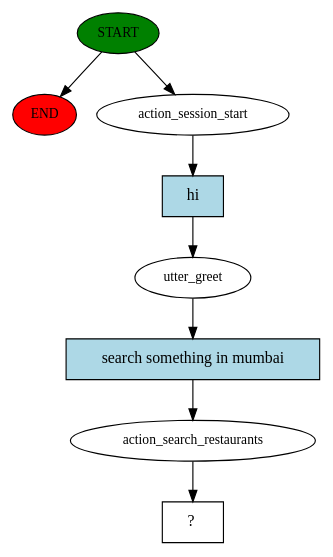
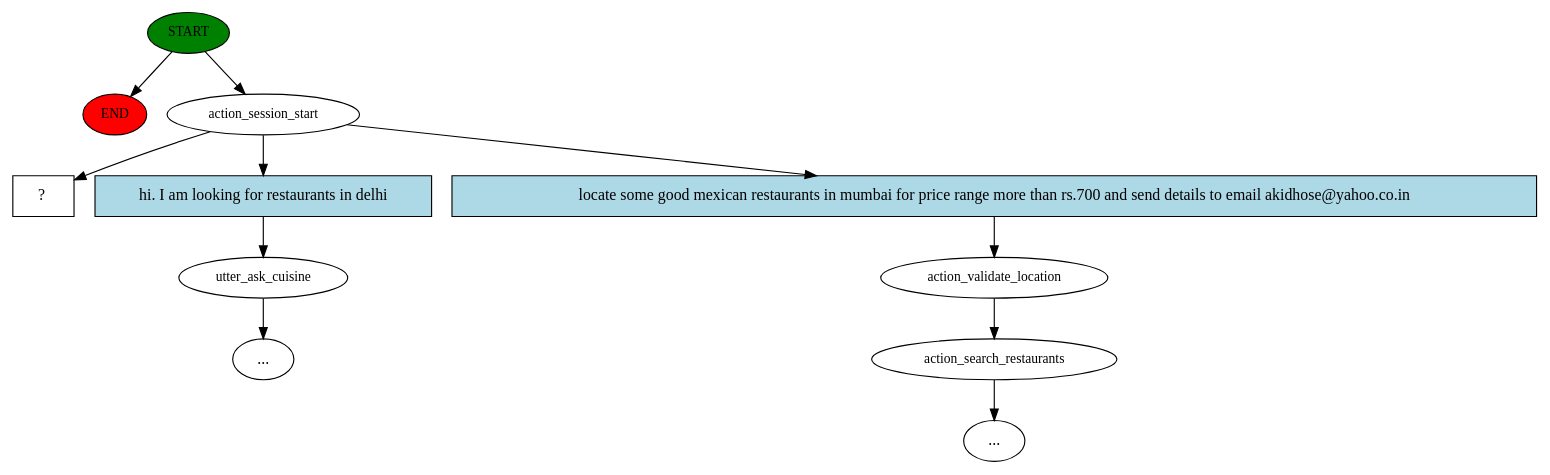
The diagram in story_graph.dot (akishore81/RasaChatBot), drawn with Graphviz before and after one commit. The commit also changed 13 other files, not shown here.

```diff
--- a/story_graph.dot
+++ b/story_graph.dot
@@ -1,17 +1,23 @@
 digraph  {
 0 [class="start active", fillcolor=green, fontsize=12, label=START, style=filled];
 "-1" [class=end, fillcolor=red, fontsize=12, label=END, style=filled];
 1 [class=active, fontsize=12, label=action_session_start];
-2 [class=active, fontsize=12, label=utter_greet];
-3 [class=active, fontsize=12, label=action_search_restaurants];
-4 [class="intent dashed active", label="  ?  ", shape=rect];
-5 [class="intent active", fillcolor=lightblue, label=hi, shape=rect, style=filled];
-6 [class="intent active", fillcolor=lightblue, label="search something in mumbai", shape=rect, style=filled];
+2 [class="", fontsize=12, label=utter_ask_cuisine];
+"-3" [class=ellipsis, label="..."];
+4 [class="", fontsize=12, label=action_validate_location];
+5 [class="", fontsize=12, label=action_search_restaurants];
+"-5" [class=ellipsis, label="..."];
+10 [class="intent dashed active", label="  ?  ", shape=rect];
+11 [class=intent, fillcolor=lightblue, label="hi. I am looking for restaurants in delhi", shape=rect, style=filled];
+12 [class=intent, fillcolor=lightblue, label="locate some good mexican restaurants in mumbai for price range more than rs.700 and send details to email akidhose@yahoo.co.in", shape=rect, style=filled];
 0 -> "-1"  [class="", key=NONE, label=""];
 0 -> 1  [class=active, key=NONE, label=""];
-1 -> 5  [class=active, key=0];
-2 -> 6  [class=active, key=0];
-3 -> 4  [class=active, key=NONE, label=""];
-5 -> 2  [class=active, key=0];
-6 -> 3  [class=active, key=0];
+1 -> 10  [class=active, key=NONE, label=""];
+1 -> 11  [class="", key=0];
+1 -> 12  [class="", key=0];
+2 -> "-3"  [class="", key=NONE, label=""];
+4 -> 5  [class="", key=NONE, label=""];
+5 -> "-5"  [class="", key=NONE, label=""];
+11 -> 2  [class="", key=0];
+12 -> 4  [class="", key=0];
 }
```
